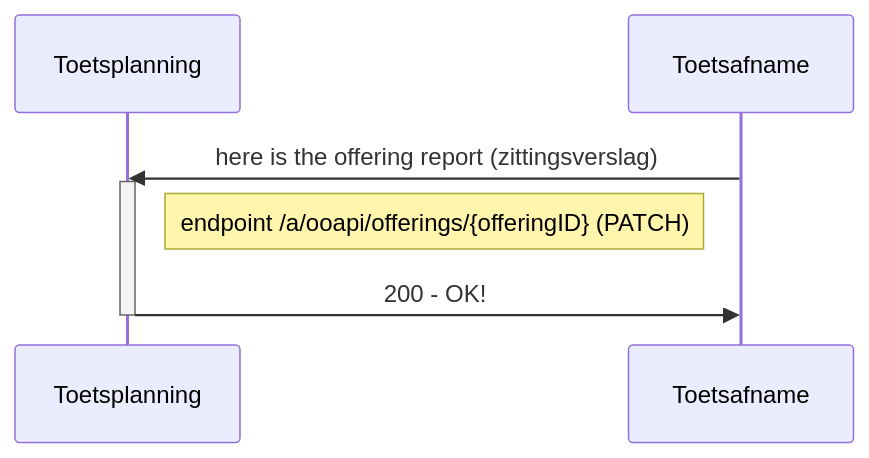
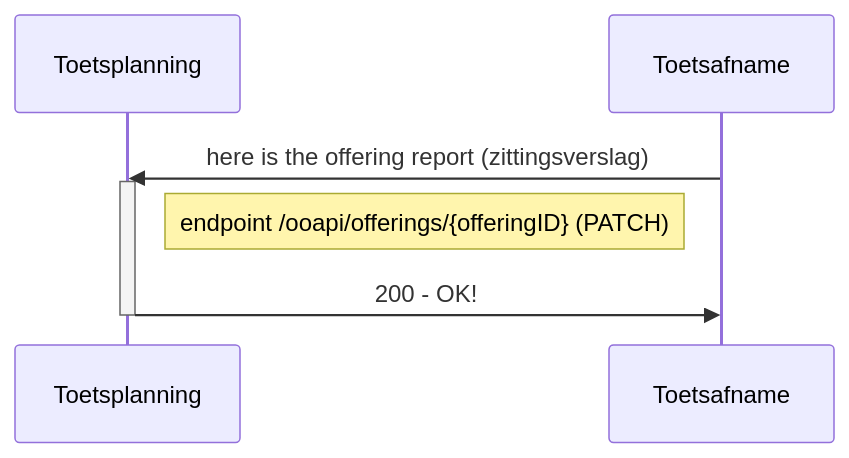
The first of 2 diagrams in doc/flow4.md (NetwerkExamineringDigitalisering/NED-OOAPI), drawn with Mermaid before and after one commit. The commit also changed other lines of this file and 4 other files, not shown here.

````diff
--- a/doc/flow4.md
+++ b/doc/flow4.md
@@ -8,11 +8,11 @@
 ```mermaid
 sequenceDiagram
     participant Toetsplanning
     participant Toetsafname
 
     Toetsafname->>Toetsplanning: here is the offering report (zittingsverslag)
     activate Toetsplanning
-    Note right of Toetsplanning: endpoint /a/ooapi/offerings/{offeringID} (PATCH)
+    Note right of Toetsplanning: endpoint /ooapi/offerings/{offeringID} (PATCH)
     Toetsplanning->>Toetsafname: 200 - OK!
     deactivate Toetsplanning
 ```
````
